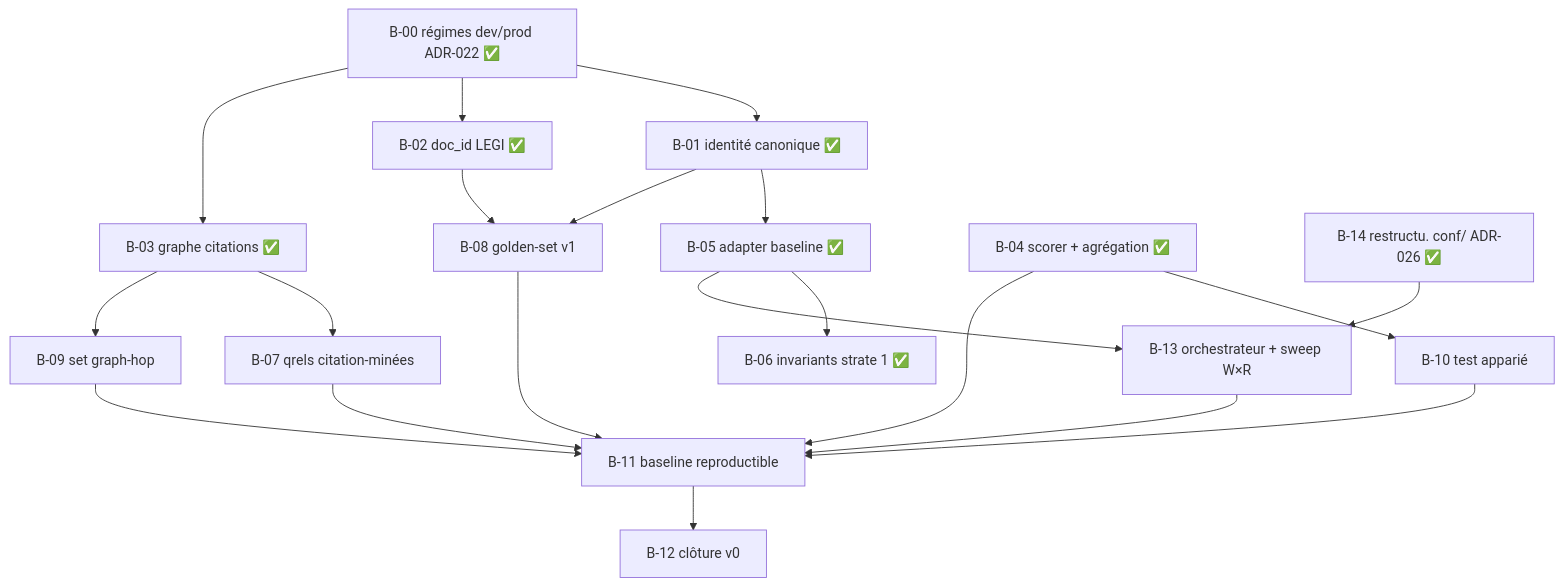
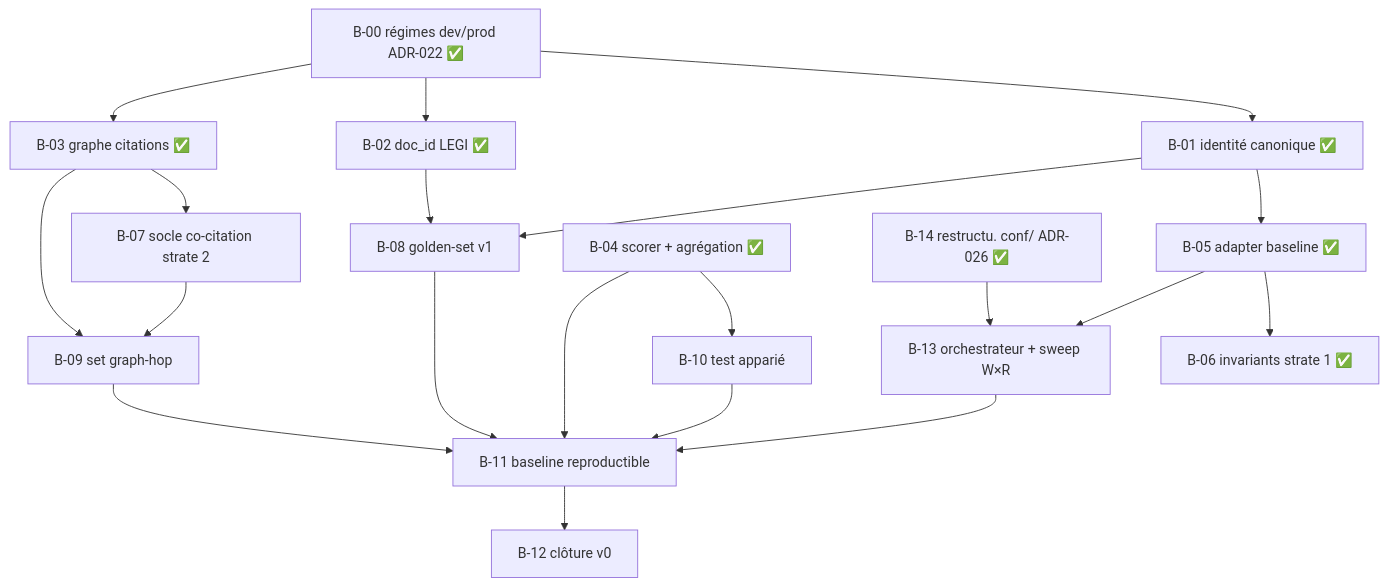
One commit to nmoutou/murphy changed the diagram in docs/pilotage/BACKLOG.md. Above: the diagram before and after it, drawn with Mermaid. The commit also changed other lines of this file and 29 other files, not shown here.

````diff
--- a/docs/pilotage/BACKLOG.md
+++ b/docs/pilotage/BACKLOG.md
@@ -99,22 +167,22 @@
 ```mermaid
 flowchart TD
     B00[B-00 régimes dev/prod ADR-022 ✅] --> B01[B-01 identité canonique ✅]
     B00 --> B02[B-02 doc_id LEGI ✅]
     B00 --> B03
     B01 --> B05[B-05 adapter baseline ✅]
     B01 --> B08[B-08 golden-set v1]
     B02 --> B08
-    B03[B-03 graphe citations ✅] --> B07[B-07 qrels citation-minées]
+    B03[B-03 graphe citations ✅] --> B07[B-07 socle co-citation strate 2]
     B03 --> B09[B-09 set graph-hop]
+    B07 --> B09
     B04[B-04 scorer + agrégation ✅] --> B10[B-10 test apparié]
     B04 --> B11[B-11 baseline reproductible]
     B05 --> B06[B-06 invariants strate 1 ✅]
     B05 --> B13[B-13 orchestrateur + sweep W×R]
     B14[B-14 restructu. conf/ ADR-026 ✅] --> B13
-    B07 --> B11
     B08 --> B11
     B09 --> B11
     B10 --> B11
     B13 --> B11
     B11 --> B12[B-12 clôture v0]
 ```
````
